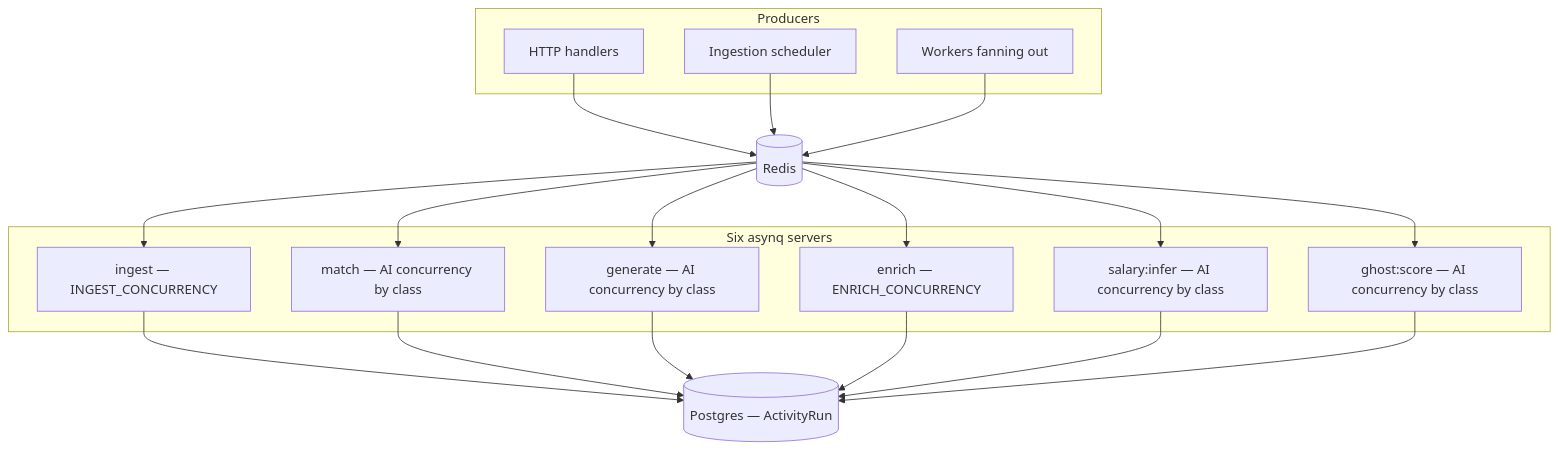
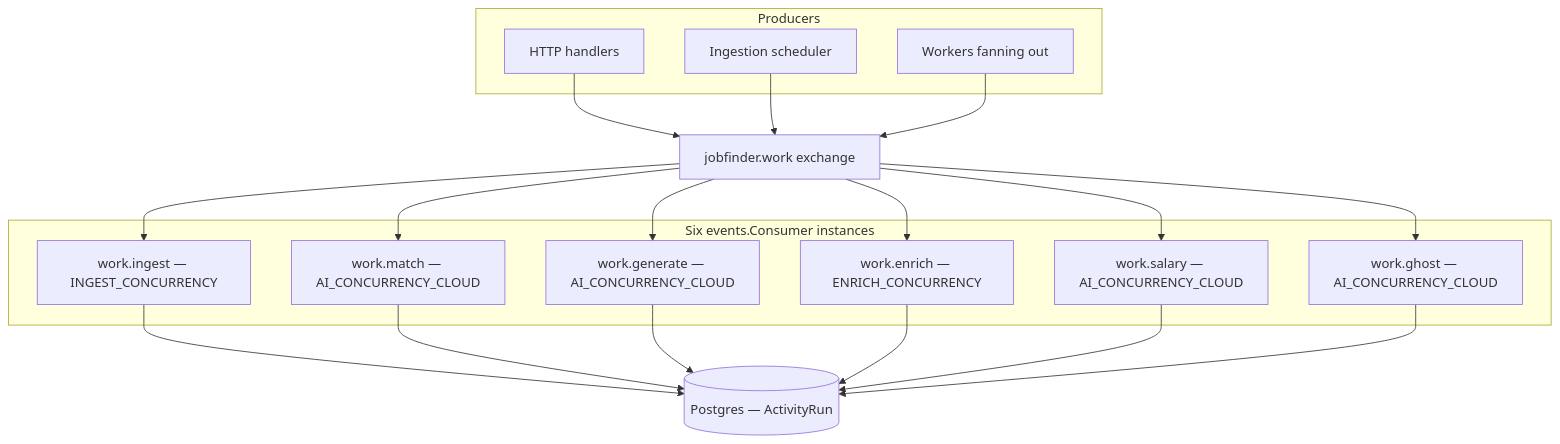
Before and after one commit to nonamecat19/job-finder: the first of 3 diagrams in docs/docs/async/overview.md, drawn with Mermaid. The commit also changed other lines of this file and 13 other files, not shown here.

````diff
--- a/docs/docs/async/overview.md
+++ b/docs/docs/async/overview.md
@@ -13,23 +14,23 @@
 ```mermaid
 flowchart TB
     subgraph Producers
         HTTP["HTTP handlers"]
         SCHED["Ingestion scheduler"]
         WORK["Workers fanning out"]
     end
-    R[("Redis")]
-    subgraph Servers["Six asynq servers"]
-        S1["ingest — INGEST_CONCURRENCY"]
-        S2["match — AI concurrency by class"]
-        S3["generate — AI concurrency by class"]
-        S4["enrich — ENRICH_CONCURRENCY"]
-        S5["salary:infer — AI concurrency by class"]
-        S6["ghost:score — AI concurrency by class"]
+    EX["jobfinder.work exchange"]
+    subgraph Consumers["Six events.Consumer instances"]
+        S1["work.ingest — INGEST_CONCURRENCY"]
+        S2["work.match — AI_CONCURRENCY_CLOUD"]
+        S3["work.generate — AI_CONCURRENCY_CLOUD"]
+        S4["work.enrich — ENRICH_CONCURRENCY"]
+        S5["work.salary — AI_CONCURRENCY_CLOUD"]
+        S6["work.ghost — AI_CONCURRENCY_CLOUD"]
     end
     PG[("Postgres — ActivityRun")]
-    HTTP --> R
-    SCHED --> R
-    WORK --> R
-    R --> S1 & S2 & S3 & S4 & S5 & S6
+    HTTP --> EX
+    SCHED --> EX
+    WORK --> EX
+    EX --> S1 & S2 & S3 & S4 & S5 & S6
     S1 & S2 & S3 & S4 & S5 & S6 --> PG
 ```
````
